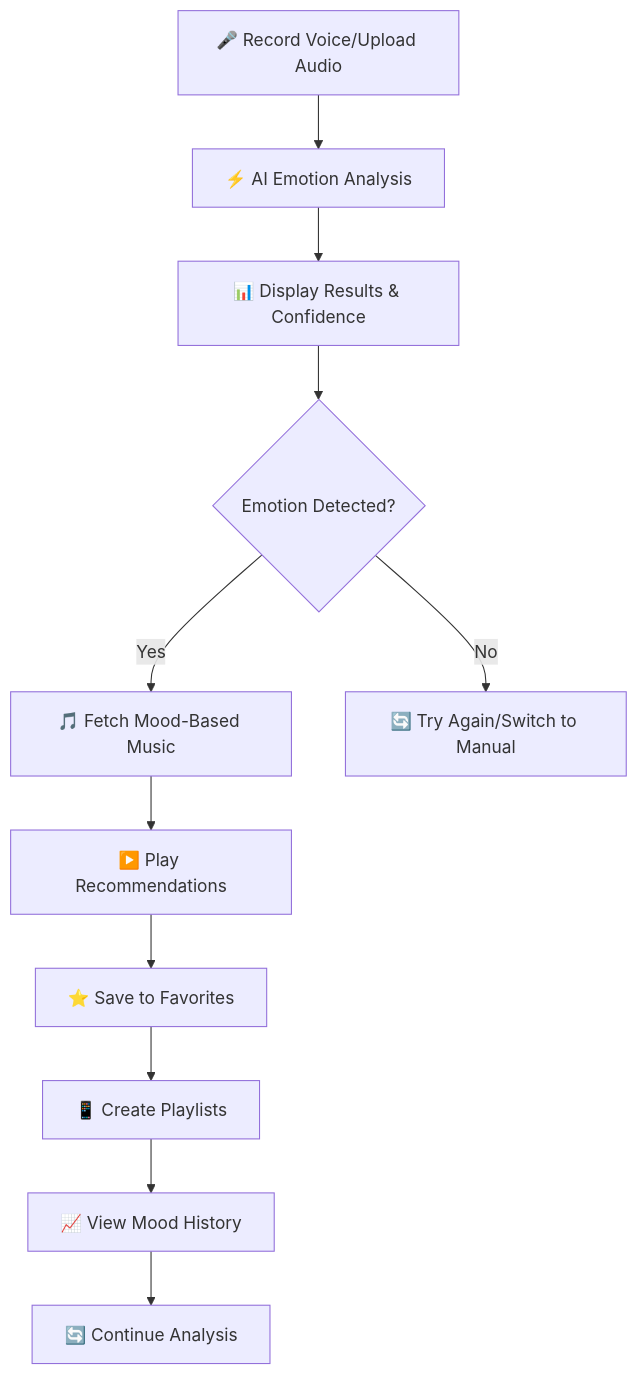
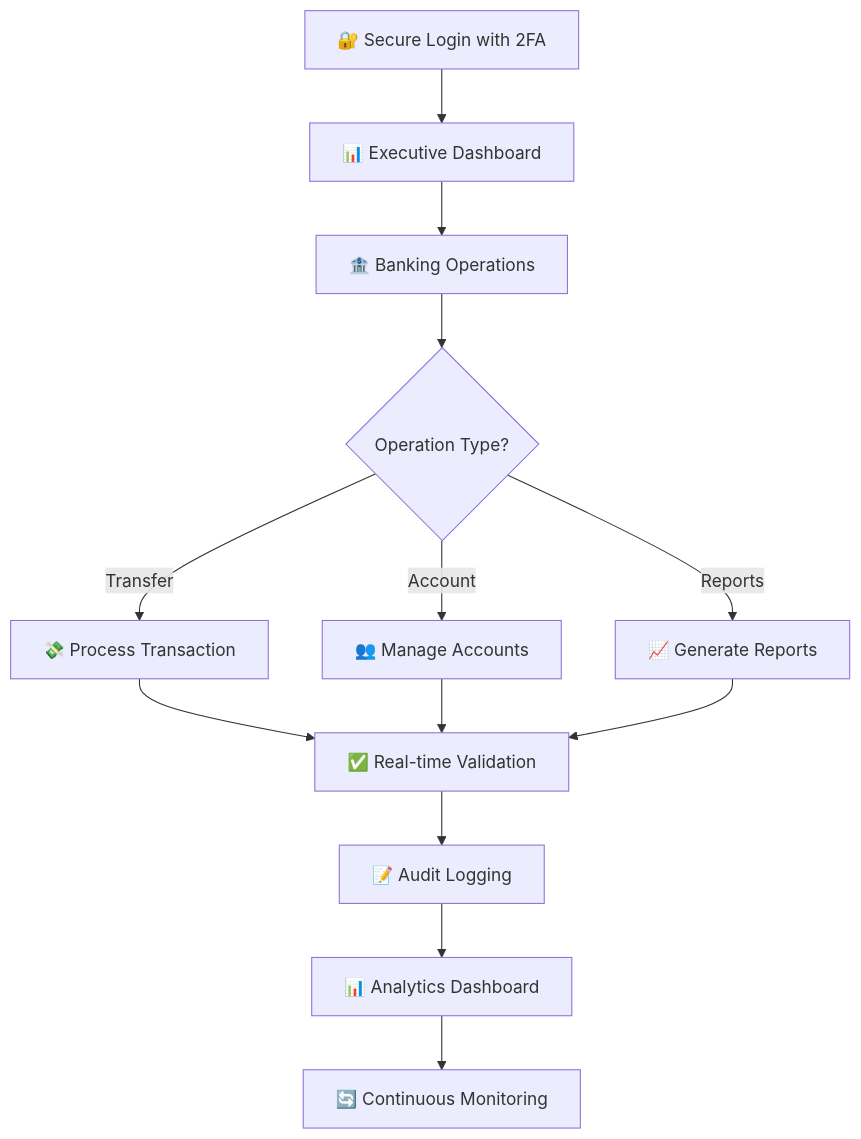
The diagram in README.markdown (vishaltaskar16/MoodBeats), drawn with Mermaid before and after one commit. The commit also changed other lines of this file, not shown here.

````diff
--- a/README.markdown
+++ b/README.markdown
@@ -281,13 +398,15 @@
 ```mermaid
 graph TD
-    A[🎤 Record Voice/Upload Audio] --> B[⚡ AI Emotion Analysis]
-    B --> C[📊 Display Results & Confidence]
-    C --> D{Emotion Detected?}
-    D -->|Yes| E[🎵 Fetch Mood-Based Music]
-    D -->|No| F[🔄 Try Again/Switch to Manual]
-    E --> G[▶️ Play Recommendations]
-    G --> H[⭐ Save to Favorites]
-    H --> I[📱 Create Playlists]
-    I --> J[📈 View Mood History]
-    J --> K[🔄 Continue Analysis]
+    A[🔐 Secure Login with 2FA] --> B[📊 Executive Dashboard]
+    B --> C[🏦 Banking Operations]
+    C --> D{Operation Type?}
+    D -->|Transfer| E[💸 Process Transaction]
+    D -->|Account| F[👥 Manage Accounts]
+    D -->|Reports| G[📈 Generate Reports]
+    E --> H[✅ Real-time Validation]
+    F --> H
+    G --> H
+    H --> I[📝 Audit Logging]
+    I --> J[📊 Analytics Dashboard]
+    J --> K[🔄 Continuous Monitoring]
 ```
````
